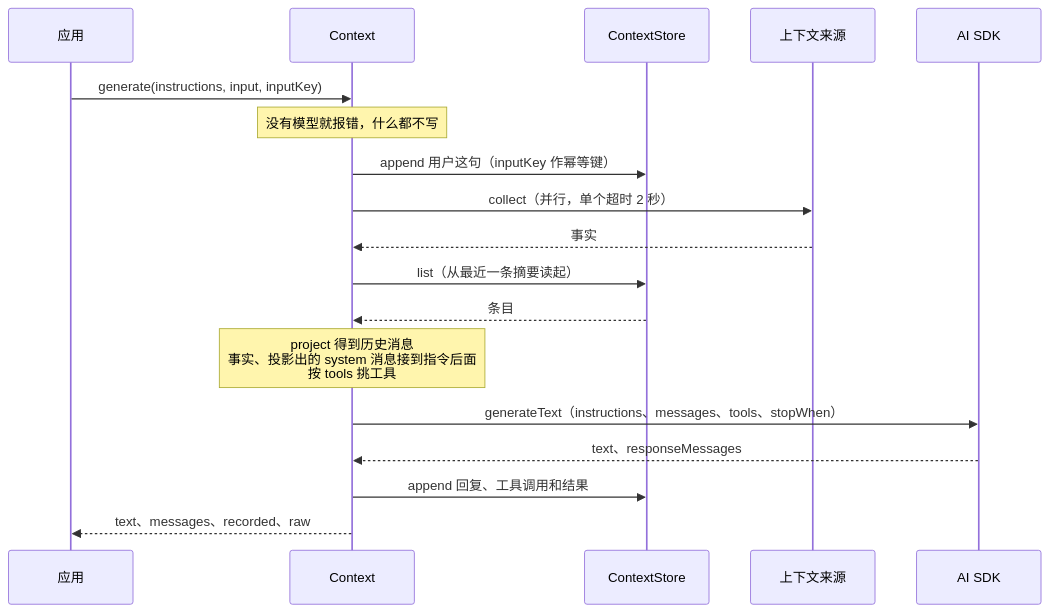
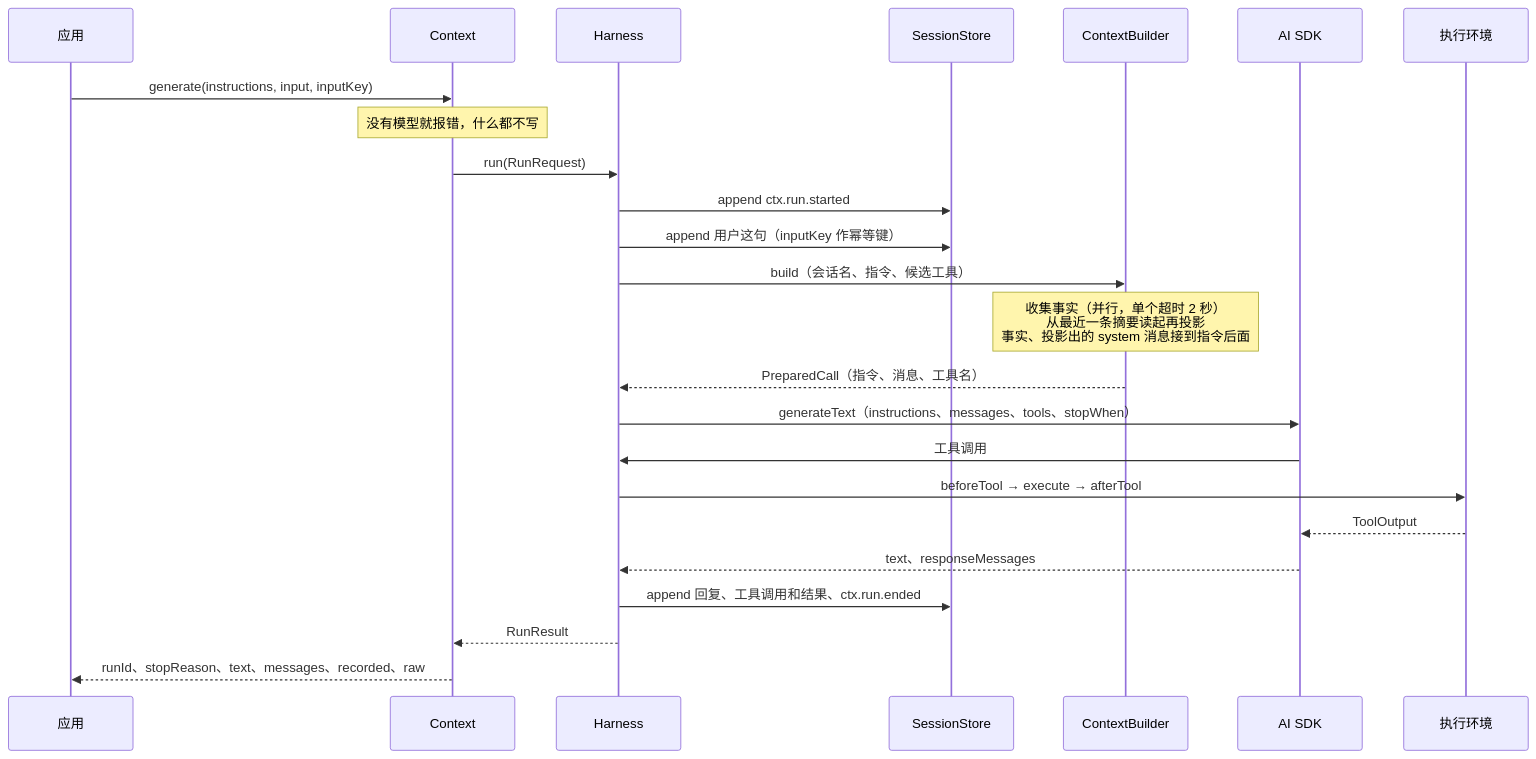
Before and after one commit to modelctx-ai/ctx: the third of 4 diagrams in docs/architecture.md, drawn with Mermaid. The commit also changed other lines of this file and 46 other files, not shown here.

````diff
--- a/docs/architecture.md
+++ b/docs/architecture.md
@@ -79,20 +91,26 @@
 ```mermaid
 sequenceDiagram
   participant App as 应用
   participant Ctx as Context
-  participant Store as ContextStore
-  participant Src as 上下文来源
+  participant H as Harness
+  participant Store as SessionStore
+  participant B as ContextBuilder
   participant SDK as AI SDK
+  participant Ex as 执行环境
   App->>Ctx: generate(instructions, input, inputKey)
   Note over Ctx: 没有模型就报错，什么都不写
-  Ctx->>Store: append 用户这句（inputKey 作幂等键）
-  Ctx->>Src: collect（并行，单个超时 2 秒）
-  Src-->>Ctx: 事实
-  Ctx->>Store: list（从最近一条摘要读起）
-  Store-->>Ctx: 条目
-  Note over Ctx: project 得到历史消息<br/>事实、投影出的 system 消息接到指令后面<br/>按 tools 挑工具
-  Ctx->>SDK: generateText（instructions、messages、tools、stopWhen）
-  SDK-->>Ctx: text、responseMessages
-  Ctx->>Store: append 回复、工具调用和结果
-  Ctx-->>App: text、messages、recorded、raw
+  Ctx->>H: run(RunRequest)
+  H->>Store: append ctx.run.started
+  H->>Store: append 用户这句（inputKey 作幂等键）
+  H->>B: build（会话名、指令、候选工具）
+  Note over B: 收集事实（并行，单个超时 2 秒）<br/>从最近一条摘要读起再投影<br/>事实、投影出的 system 消息接到指令后面
+  B-->>H: PreparedCall（指令、消息、工具名）
+  H->>SDK: generateText（instructions、messages、tools、stopWhen）
+  SDK->>H: 工具调用
+  H->>Ex: beforeTool → execute → afterTool
+  Ex-->>SDK: ToolOutput
+  SDK-->>H: text、responseMessages
+  H->>Store: append 回复、工具调用和结果、ctx.run.ended
+  H-->>Ctx: RunResult
+  Ctx-->>App: runId、stopReason、text、messages、recorded、raw
 ```
````
